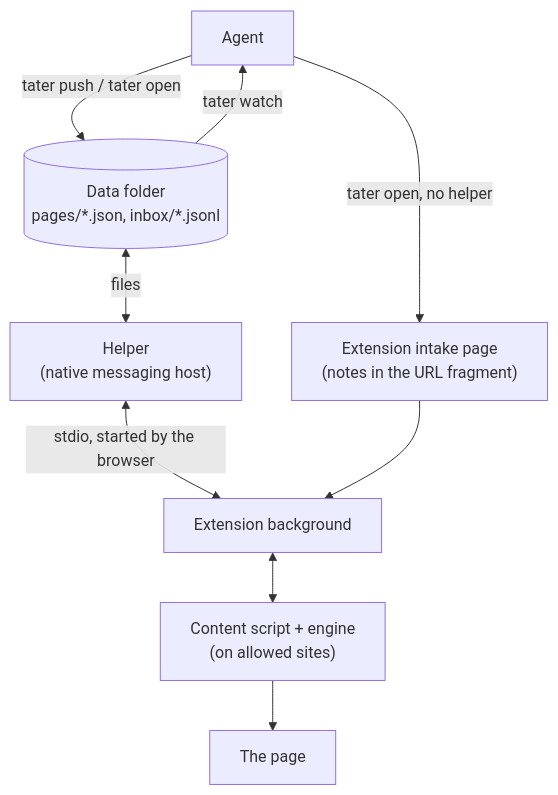
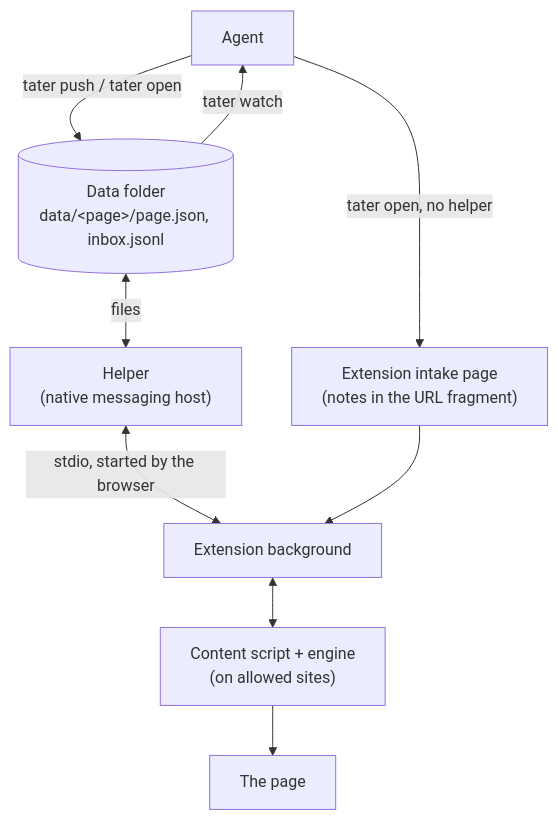
The diagram in docs/design.md (Farmer-Pete/anno-tater), drawn with Mermaid before and after one commit. The commit also changed other lines of this file and 4 other files, not shown here.

First line of the commit message:
Keep each page's notes, state, and inbox in one folder (#17)

````diff
--- a/docs/design.md
+++ b/docs/design.md
@@ -15,11 +15,11 @@
 ```mermaid
 flowchart TB
-  A["Agent"] -->|"tater push / tater open"| F[("Data folder<br/>pages/*.json, inbox/*.jsonl")]
+  A["Agent"] -->|"tater push / tater open"| F[("Data folder<br/>data/&lt;page&gt;/page.json, inbox.jsonl")]
   A -->|"tater open, no helper"| O["Extension intake page<br/>(notes in the URL fragment)"]
   F <-->|"files"| H["Helper<br/>(native messaging host)"]
   H <-->|"stdio, started by the browser"| B["Extension background"]
   O --> B
   B <--> C["Content script + engine<br/>(on allowed sites)"]
   C --> P["The page"]
   F -->|"tater watch"| A
 ```
````
